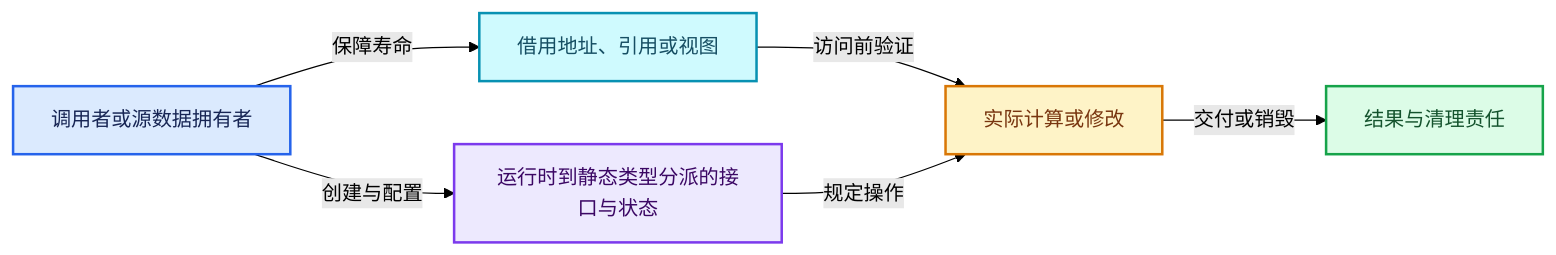
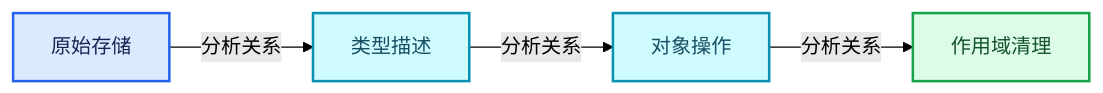
Before and after one commit to yunkezengren/blender-.vscode: the third of 4 diagrams in 杂/markdown/全面学习-codex/03-内存分配与运行时类型/10-运行时到静态类型分派.md, drawn with Mermaid (forest theme). The commit also changed other lines of this file and 1930 other files, not shown here.

````diff
--- a/杂/markdown/全面学习-codex/03-内存分配与运行时类型/10-运行时到静态类型分派.md
+++ b/杂/markdown/全面学习-codex/03-内存分配与运行时类型/10-运行时到静态类型分派.md
@@ -203,19 +58,16 @@
 ```mermaid
 flowchart LR
-  O["调用者或源数据拥有者"]:::input
-  V["运行时到静态类型分派的接口与状态"]:::abstraction
-  B["借用地址、引用或视图"]:::data
-  W["实际计算或修改"]:::compute
-  R["结果与清理责任"]:::result
-  O -->|"创建与配置"| V
-  O -->|"保障寿命"| B
-  B -->|"访问前验证"| W
-  V -->|"规定操作"| W
-  W -->|"交付或销毁"| R
+  P0["原始存储"]:::input
+  P1["类型描述"]:::data
+  P2["对象操作"]:::data
+  P3["作用域清理"]:::result
+  P0 -->|"分析关系"| P1
+  P1 -->|"分析关系"| P2
+  P2 -->|"分析关系"| P3
   classDef input fill:#DBEAFE,stroke:#2563EB,color:#172554,stroke-width:2px;
   classDef data fill:#CFFAFE,stroke:#0891B2,color:#164E63,stroke-width:2px;
   classDef abstraction fill:#EDE9FE,stroke:#7C3AED,color:#3B0764,stroke-width:2px;
   classDef compute fill:#FEF3C7,stroke:#D97706,color:#78350F,stroke-width:2px;
   classDef result fill:#DCFCE7,stroke:#16A34A,color:#14532D,stroke-width:2px;
   classDef error fill:#FEE2E2,stroke:#DC2626,color:#7F1D1D,stroke-width:2px;
 ```
````
